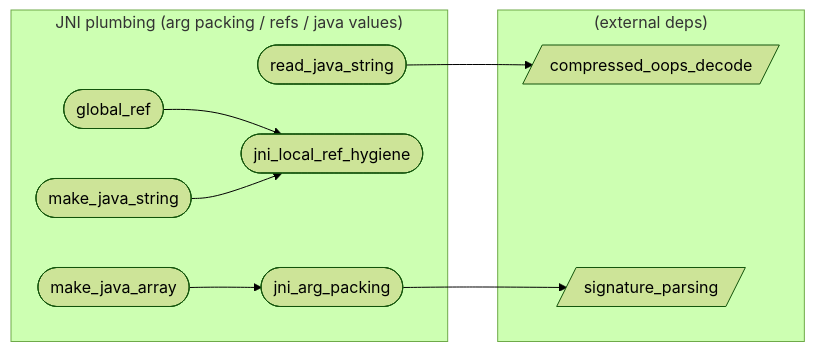
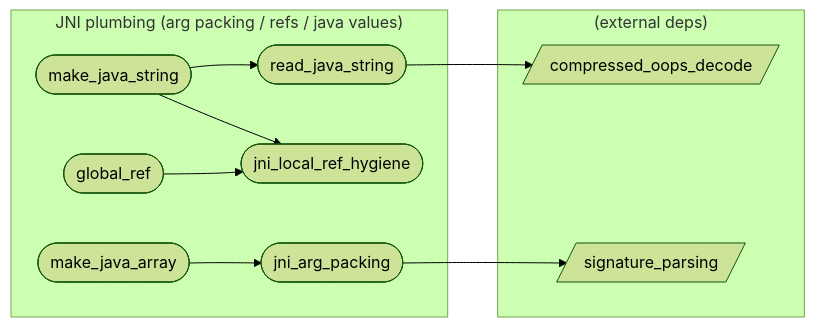
The diagram in audit/graph/categories/jni.md (xxxnpno/VMHook), drawn with Mermaid (forest theme) before and after one commit. The commit also changed other lines of this file and 24 other files, not shown here.

First line of the commit message:
docs(audit/features): enrich hook_basic, hook_verify_repair, make_java_string, wrapper_pattern

````diff
--- a/audit/graph/categories/jni.md
+++ b/audit/graph/categories/jni.md
@@ -23,20 +23,21 @@
 ```mermaid
 flowchart LR
   subgraph jni["JNI plumbing (arg packing / refs / java values)"]
     global_ref([global_ref])
     jni_arg_packing([jni_arg_packing])
     jni_local_ref_hygiene([jni_local_ref_hygiene])
     make_java_array([make_java_array])
     make_java_string([make_java_string])
     read_java_string([read_java_string])
   end
   subgraph external["(external deps)"]
     compressed_oops_decode[/compressed_oops_decode/]
     signature_parsing[/signature_parsing/]
   end
   global_ref --> jni_local_ref_hygiene
   jni_arg_packing --> signature_parsing
   make_java_array --> jni_arg_packing
+  make_java_string --> read_java_string
   make_java_string --> jni_local_ref_hygiene
   read_java_string --> compressed_oops_decode
 ```
````
